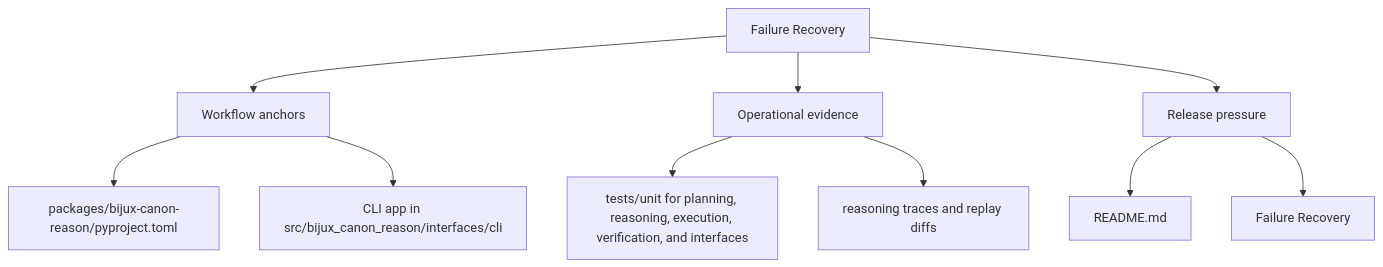
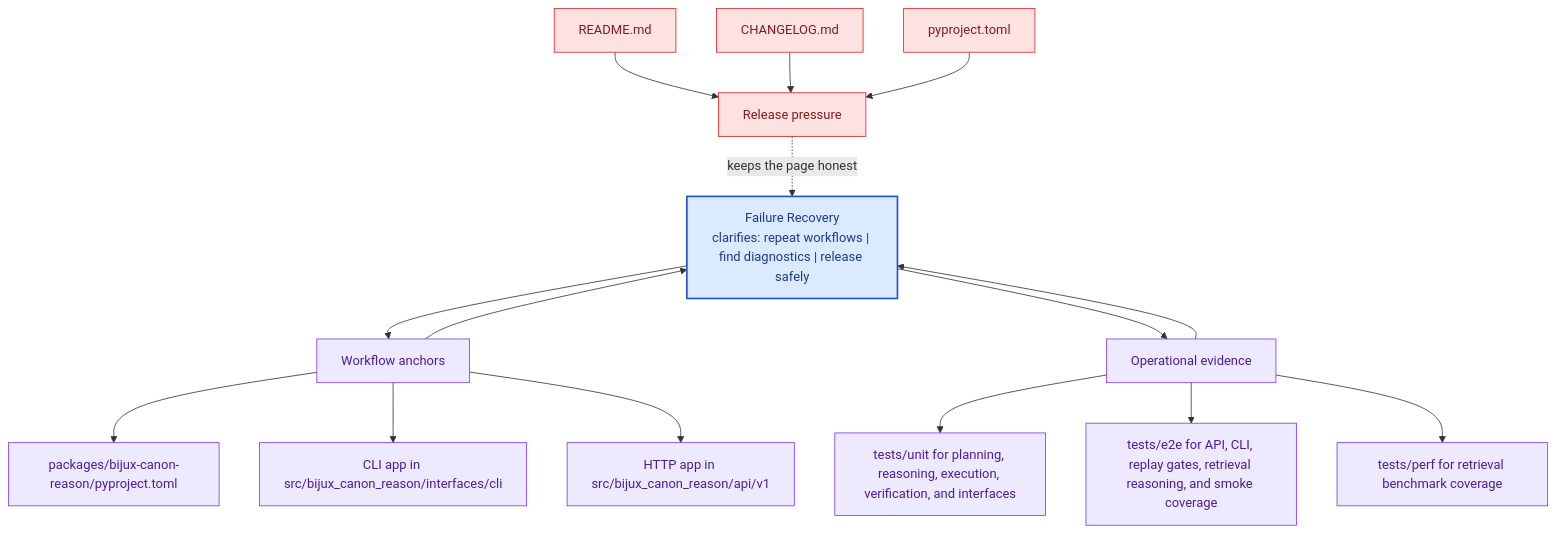
Before and after one commit to bijux/bijux-canon: the second of 2 diagrams in docs/bijux-canon-reason/operations/failure-recovery.md, drawn with Mermaid. The commit also changed other lines of this file and 281 other files, not shown here.

Commit message:
docs(diagrams): deepen handbook mermaid maps across the catalog

````diff
--- a/docs/bijux-canon-reason/operations/failure-recovery.md
+++ b/docs/bijux-canon-reason/operations/failure-recovery.md
@@ -34,22 +67,41 @@
 ```mermaid
-flowchart TD
-    page["Failure Recovery"]
+flowchart TB
+    promise["Failure Recovery<br/>clarifies: repeat workflows | find diagnostics | release safely"]
+    classDef promise fill:#dbeafe,stroke:#1d4ed8,color:#1e3a8a,stroke-width:2px;
+    classDef driver fill:#dcfce7,stroke:#16a34a,color:#14532d;
+    classDef constraint fill:#fee2e2,stroke:#dc2626,color:#7f1d1d;
+    classDef ground fill:#ede9fe,stroke:#7c3aed,color:#4c1d95;
     focus1["Workflow anchors"]
-    page --> focus1
+    focus1 --> promise
+    promise --> focus1
     focus1_1["packages/bijux-canon-reason/pyproject.toml"]
     focus1 --> focus1_1
     focus1_2["CLI app in src/bijux_canon_reason/interfaces/cli"]
     focus1 --> focus1_2
+    focus1_3["HTTP app in src/bijux_canon_reason/api/v1"]
+    focus1 --> focus1_3
+    class focus1 ground;
+    class focus1_1,focus1_2,focus1_3 ground;
     focus2["Operational evidence"]
-    page --> focus2
+    focus2 --> promise
+    promise --> focus2
     focus2_1["tests/unit for planning, reasoning, execution, verification, and interfaces"]
     focus2 --> focus2_1
-    focus2_2["reasoning traces and replay diffs"]
+    focus2_2["tests/e2e for API, CLI, replay gates, retrieval reasoning, and smoke coverage"]
     focus2 --> focus2_2
+    focus2_3["tests/perf for retrieval benchmark coverage"]
+    focus2 --> focus2_3
+    class focus2 ground;
+    class focus2_1,focus2_2,focus2_3 ground;
     focus3["Release pressure"]
-    page --> focus3
+    focus3 -.keeps the page honest.-> promise
     focus3_1["README.md"]
-    focus3 --> focus3_1
-    focus3_2["Failure Recovery"]
-    focus3 --> focus3_2
+    focus3_1 --> focus3
+    focus3_2["CHANGELOG.md"]
+    focus3_2 --> focus3
+    focus3_3["pyproject.toml"]
+    focus3_3 --> focus3
+    class focus3 constraint;
+    class focus3_1,focus3_2,focus3_3 constraint;
+    class promise promise;
 ```
````
